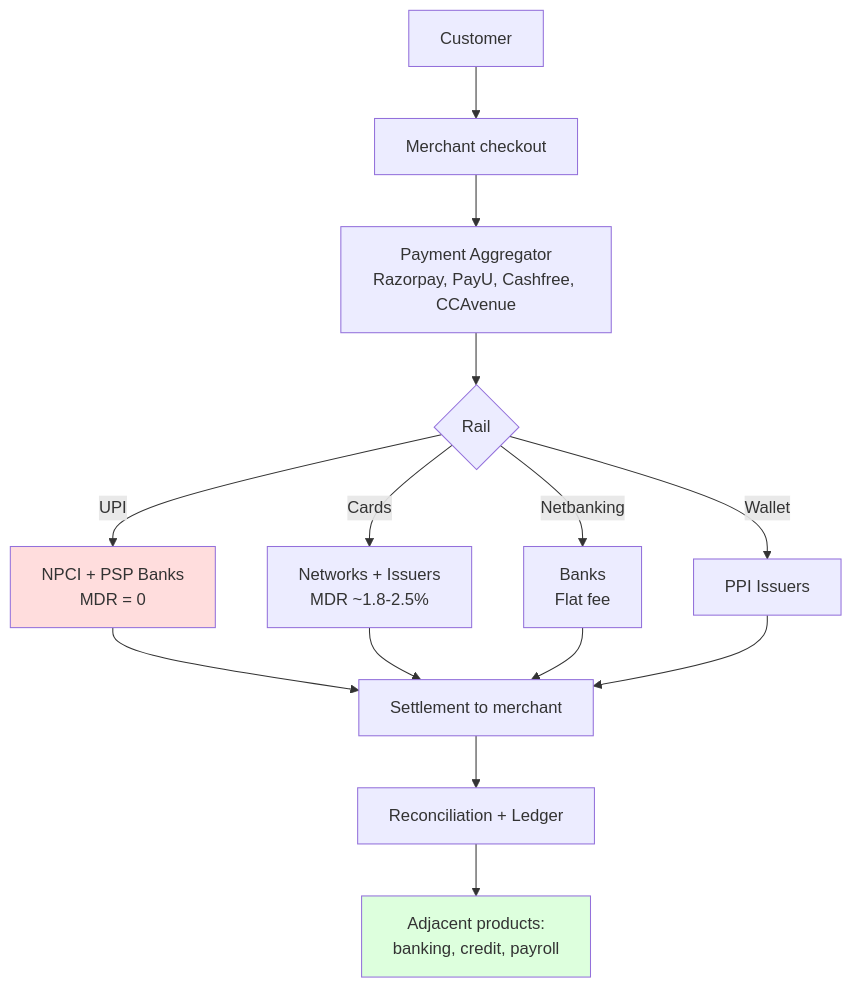
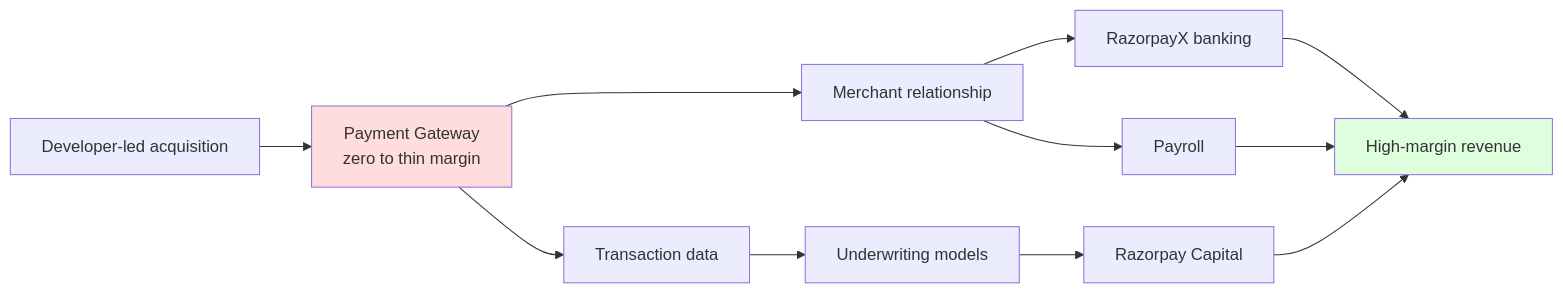
One commit to gaurav-product/product-management-case-studies changed the second of 4 diagrams in Case Studies/Day-38-Razorpay/README.md. Above: the diagram before and after it, drawn with Mermaid. The commit also changed other lines of this file and 1 other file, not shown here.

Commit message:
Rewrite Day 38 — Razorpay in 27-section format

````diff
--- a/Case Studies/Day-38-Razorpay/README.md
+++ b/Case Studies/Day-38-Razorpay/README.md
@@ -287,19 +226,16 @@
 ```mermaid
-flowchart TD
-    A[Customer] --> B[Merchant checkout]
-    B --> C[Payment Aggregator<br/>Razorpay, PayU, Cashfree, CCAvenue]
-    C --> D{Rail}
-    D -->|UPI| E[NPCI + PSP Banks<br/>MDR = 0]
-    D -->|Cards| F[Networks + Issuers<br/>MDR ~1.8-2.5%]
-    D -->|Netbanking| G[Banks<br/>Flat fee]
-    D -->|Wallet| H[PPI Issuers]
-    E --> I[Settlement to merchant]
-    F --> I
+flowchart LR
+    A[Developer-led acquisition] --> B[Payment Gateway<br/>zero to thin margin]
+    B --> C[Transaction data]
+    C --> D[Underwriting models]
+    B --> E[Merchant relationship]
+    E --> F[RazorpayX banking]
+    E --> G[Payroll]
+    D --> H[Razorpay Capital]
+    F --> I[High-margin revenue]
     G --> I
     H --> I
-    I --> J[Reconciliation + Ledger]
-    J --> K[Adjacent products:<br/>banking, credit, payroll]
-    
-    style E fill:#ffdddd
-    style K fill:#ddffdd
+
+    style B fill:#ffdddd
+    style I fill:#ddffdd
 ```
````
